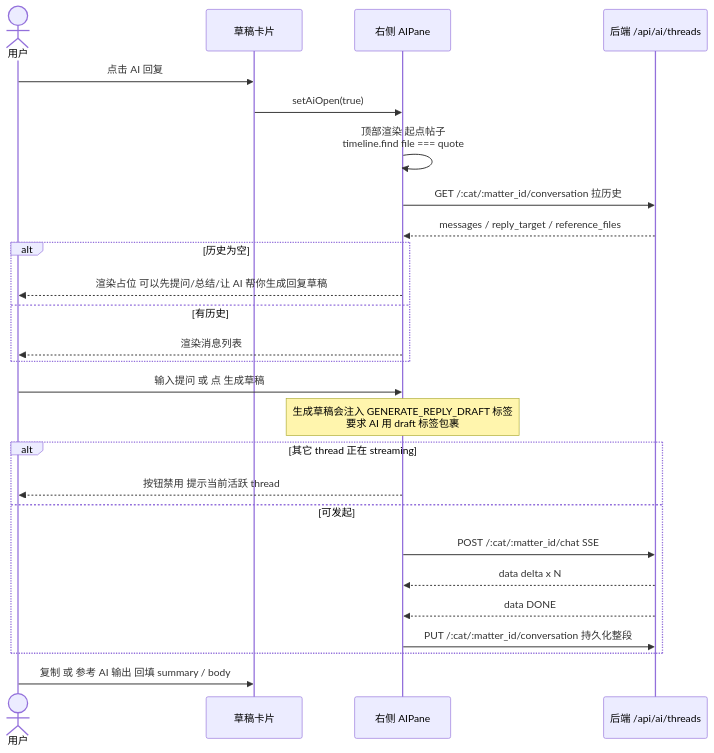
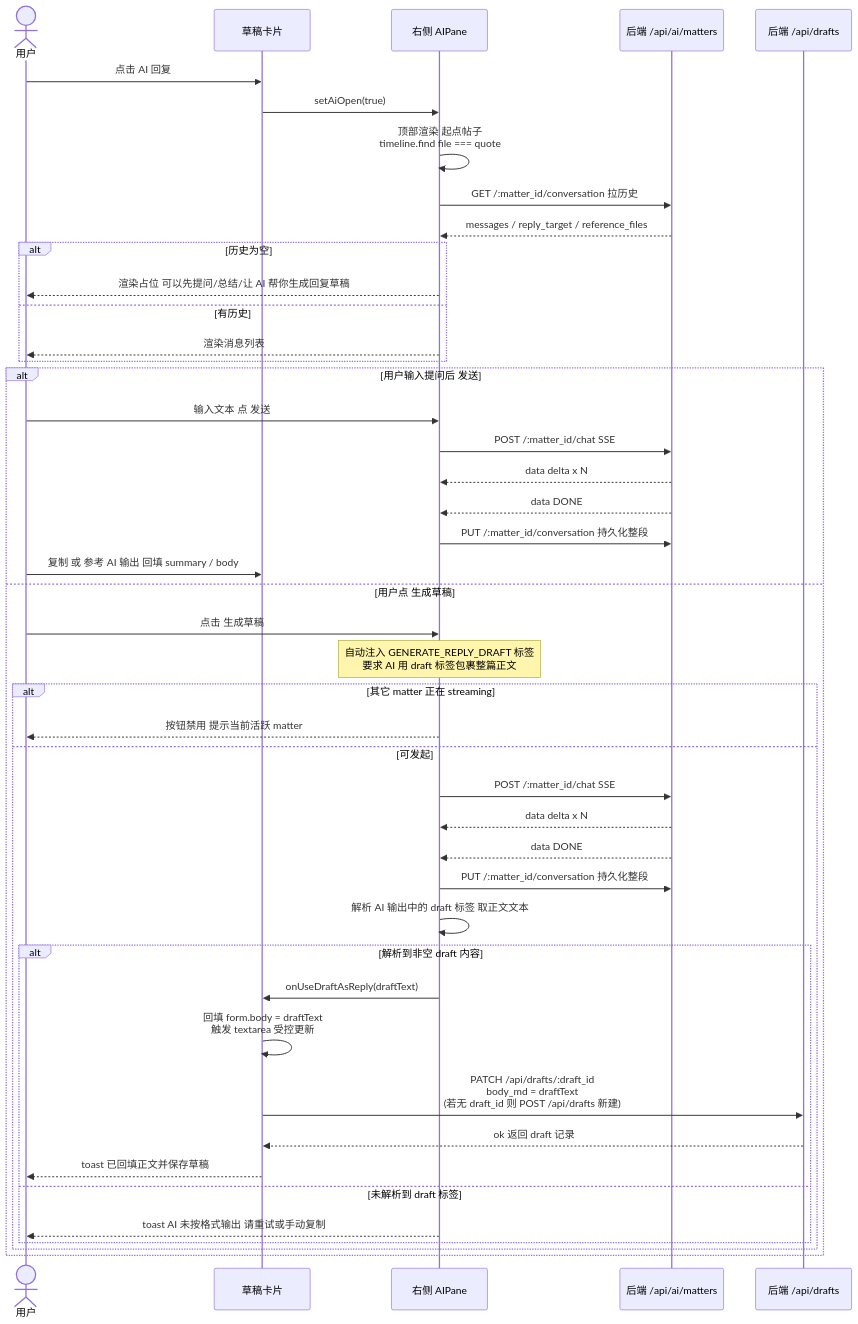
One commit to Tjk666Tjk6660/team-pivot-web changed the diagram in AI-docs/workflow-interaction/flow-ai-assistant.md. Above: the diagram before and after it, drawn with Mermaid. The commit also changed other lines of this file and 2 other files, not shown here.

Commit message:
docs(matter): add workflow-interaction sequence diagram

````diff
--- a/AI-docs/workflow-interaction/flow-ai-assistant.md
+++ b/AI-docs/workflow-interaction/flow-ai-assistant.md
@@ -8,33 +8,53 @@
 ```mermaid
 sequenceDiagram
   actor U as 用户
   participant DC as 草稿卡片
   participant AP as 右侧 AIPane
-  participant API as 后端 /api/ai/threads
+  participant AIAPI as 后端 /api/ai/matters
+  participant DAPI as 后端 /api/drafts
 
   U->>DC: 点击 AI 回复
   DC->>AP: setAiOpen(true)
   AP->>AP: 顶部渲染 起点帖子<br/>timeline.find file === quote
-  AP->>API: GET /:cat/:matter_id/conversation 拉历史
-  API-->>AP: messages / reply_target / reference_files
+  AP->>AIAPI: GET /:matter_id/conversation 拉历史
+  AIAPI-->>AP: messages / reply_target / reference_files
 
   alt 历史为空
     AP-->>U: 渲染占位 可以先提问/总结/让 AI 帮你生成回复草稿
   else 有历史
     AP-->>U: 渲染消息列表
   end
 
-  U->>AP: 输入提问 或 点 生成草稿
-  Note over AP: 生成草稿会注入 GENERATE_REPLY_DRAFT 标签<br/>要求 AI 用 draft 标签包裹
+  alt 用户输入提问后 发送
+    U->>AP: 输入文本 点 发送
+    AP->>AIAPI: POST /:matter_id/chat SSE
+    AIAPI-->>AP: data delta x N
+    AIAPI-->>AP: data DONE
+    AP->>AIAPI: PUT /:matter_id/conversation 持久化整段
+    U->>DC: 复制 或 参考 AI 输出 回填 summary / body
+  else 用户点 生成草稿
+    U->>AP: 点击 生成草稿
+    Note over AP: 自动注入 GENERATE_REPLY_DRAFT 标签<br/>要求 AI 用 draft 标签包裹整篇正文
 
-  alt 其它 thread 正在 streaming
-    AP-->>U: 按钮禁用 提示当前活跃 thread
-  else 可发起
-    AP->>API: POST /:cat/:matter_id/chat SSE
-    API-->>AP: data delta x N
-    API-->>AP: data DONE
-    AP->>API: PUT /:cat/:matter_id/conversation 持久化整段
+    alt 其它 matter 正在 streaming
+      AP-->>U: 按钮禁用 提示当前活跃 matter
+    else 可发起
+      AP->>AIAPI: POST /:matter_id/chat SSE
+      AIAPI-->>AP: data delta x N
+      AIAPI-->>AP: data DONE
+      AP->>AIAPI: PUT /:matter_id/conversation 持久化整段
+
+      AP->>AP: 解析 AI 输出中的 draft 标签 取正文文本
+
+      alt 解析到非空 draft 内容
+        AP->>DC: onUseDraftAsReply(draftText)
+        DC->>DC: 回填 form.body = draftText<br/>触发 textarea 受控更新
+        DC->>DAPI: PATCH /api/drafts/:draft_id<br/>body_md = draftText<br/>(若无 draft_id 则 POST /api/drafts 新建)
+        DAPI-->>DC: ok 返回 draft 记录
+        DC-->>U: toast 已回填正文并保存草稿
+      else 未解析到 draft 标签
+        AP-->>U: toast AI 未按格式输出 请重试或手动复制
+      end
+    end
   end
-
-  U->>DC: 复制 或 参考 AI 输出 回填 summary / body
 ```
````
